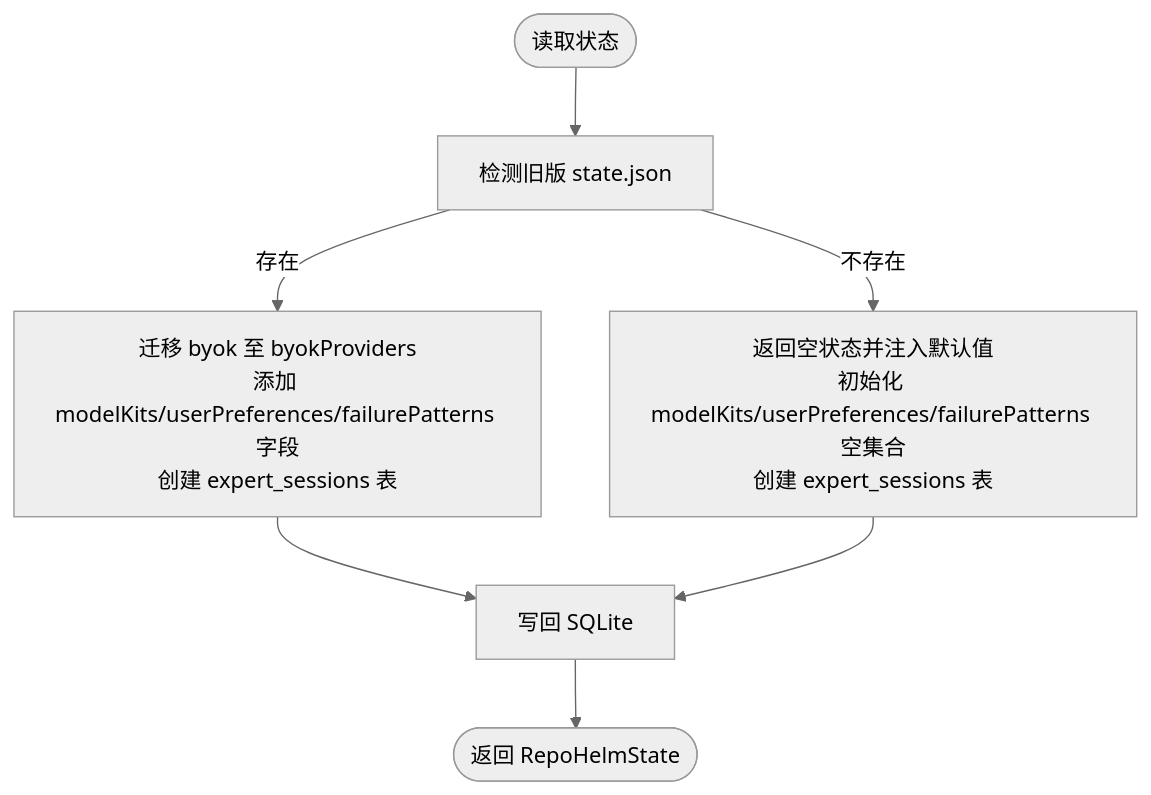
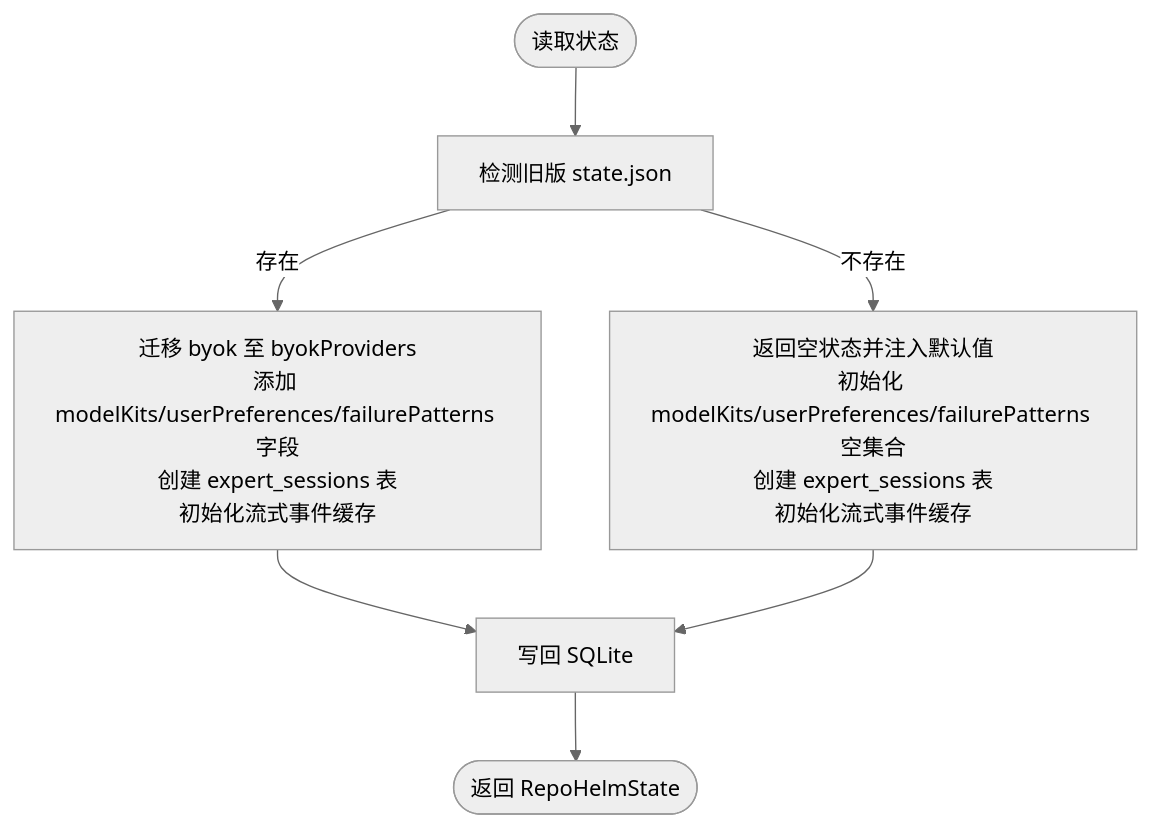
One commit to coconilu/RepoHelm changed the fourth of 8 diagrams in .qoder/repowiki/zh/content/数据模型和类型系统/数据模型和类型系统.md. Above: the diagram before and after it, drawn with Mermaid (neutral theme). The commit also changed other lines of this file and 7 other files, not shown here.

````diff
--- a/.qoder/repowiki/zh/content/数据模型和类型系统/数据模型和类型系统.md
+++ b/.qoder/repowiki/zh/content/数据模型和类型系统/数据模型和类型系统.md
@@ -695,9 +752,9 @@
 ```mermaid
 flowchart TD
 Start(["读取状态"]) --> CheckLegacy["检测旧版 state.json"]
-CheckLegacy --> |存在| Migrate["迁移 byok 至 byokProviders<br/>添加 modelKits/userPreferences/failurePatterns 字段<br/>创建 expert_sessions 表"]
-CheckLegacy --> |不存在| Empty["返回空状态并注入默认值<br/>初始化 modelKits/userPreferences/failurePatterns 空集合<br/>创建 expert_sessions 表"]
+CheckLegacy --> |存在| Migrate["迁移 byok 至 byokProviders<br/>添加 modelKits/userPreferences/failurePatterns 字段<br/>创建 expert_sessions 表<br/>初始化流式事件缓存"]
+CheckLegacy --> |不存在| Empty["返回空状态并注入默认值<br/>初始化 modelKits/userPreferences/failurePatterns 空集合<br/>创建 expert_sessions 表<br/>初始化流式事件缓存"]
 Migrate --> WriteBack["写回 SQLite"]
 Empty --> WriteBack
 WriteBack --> End(["返回 RepoHelmState"])
 ```
````
